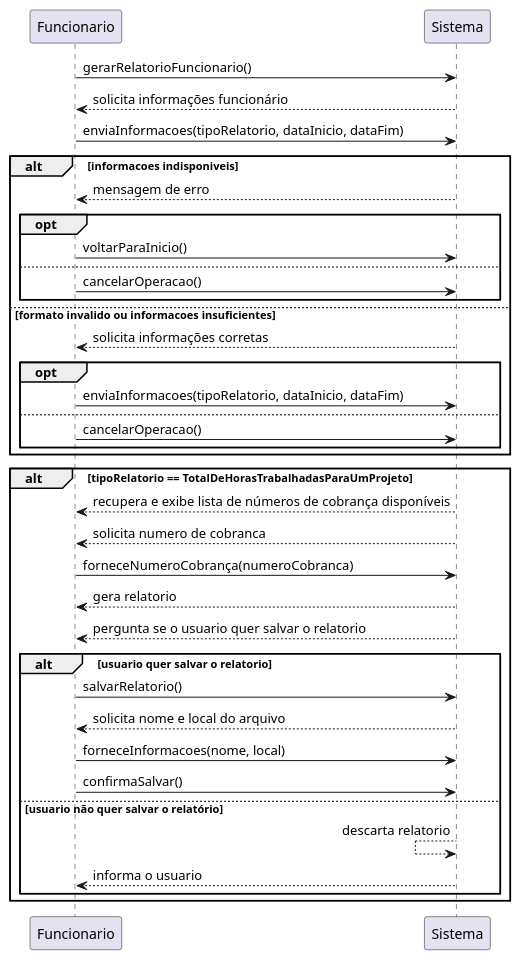
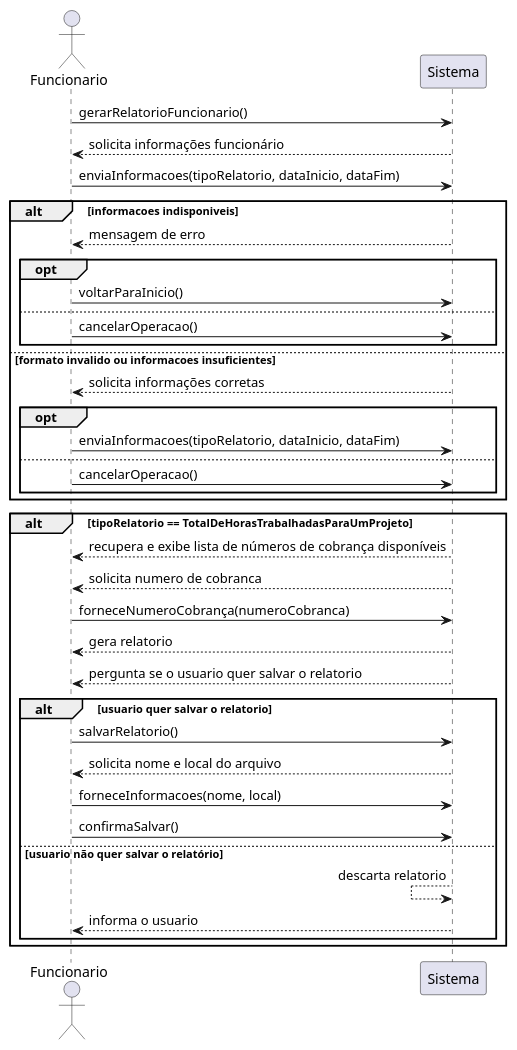
The diagram in casos_de_uso/caso-3/3-DSS.plantuml (tikaradate/CI1163-Design_de_Software), drawn with PlantUML before and after one commit. The commit also changed 1 other file, not shown here.

```diff
--- a/casos_de_uso/caso-3/3-DSS.plantuml
+++ b/casos_de_uso/caso-3/3-DSS.plantuml
@@ -1,43 +1,46 @@
 @startuml Caso3
+
+actor Funcionario as Funcionario
+
 Funcionario ->  Sistema : gerarRelatorioFuncionario()
 Funcionario <-- Sistema : solicita informações funcionário
 Funcionario ->  Sistema : enviaInformacoes(tipoRelatorio, dataInicio, dataFim)
 
 alt informacoes indisponiveis
     Funcionario <-- Sistema : mensagem de erro
     opt 
         Funcionario -> Sistema : voltarParaInicio()
     else 
         Funcionario -> Sistema : cancelarOperacao() 
     end
 
 else formato invalido ou informacoes insuficientes
 
     Funcionario <-- Sistema : solicita informações corretas
 
     opt
         Funcionario -> Sistema : enviaInformacoes(tipoRelatorio, dataInicio, dataFim)
     else 
         Funcionario -> Sistema : cancelarOperacao() 
     end
 end 
 
 alt tipoRelatorio == TotalDeHorasTrabalhadasParaUmProjeto
     Funcionario <-- Sistema : recupera e exibe lista de números de cobrança disponíveis
     Funcionario <-- Sistema : solicita numero de cobranca
     Funcionario ->  Sistema : forneceNumeroCobrança(numeroCobranca)
     Funcionario <-- Sistema : gera relatorio 
     Funcionario <-- Sistema : pergunta se o usuario quer salvar o relatorio
 
     alt usuario quer salvar o relatorio
         Funcionario ->  Sistema : salvarRelatorio()
         Funcionario <-- Sistema : solicita nome e local do arquivo
         Funcionario ->  Sistema : forneceInformacoes(nome, local)
         Funcionario ->  Sistema : confirmaSalvar()
     else usuario não quer salvar o relatório
         Sistema     <-- Sistema : descarta relatorio
         Funcionario <-- Sistema : informa o usuario
     end
 
 end
 @enduml
```
